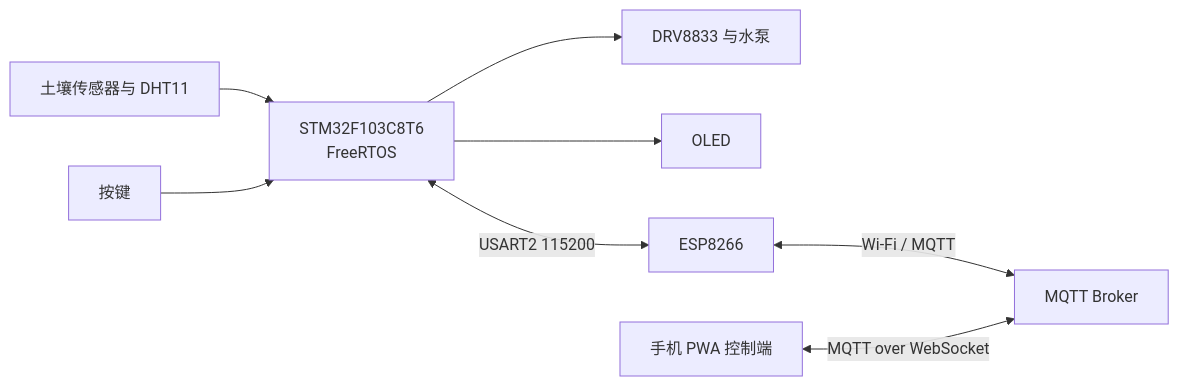
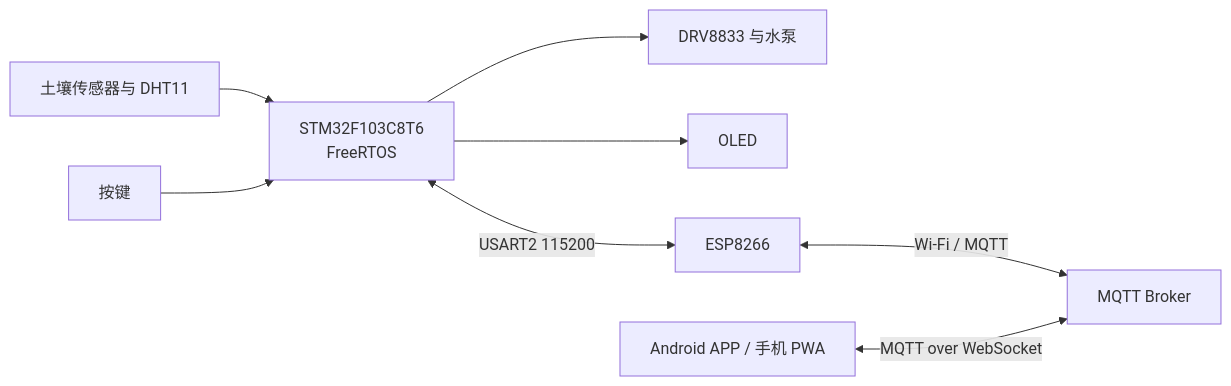
One commit to a7linqi/smarthome-pcb changed the diagram in jiaohua-rtos/README.md. Above: the diagram before and after it, drawn with Mermaid. The commit also changed other lines of this file, not shown here.

Commit message:
Document completed Android control flow

````diff
--- a/jiaohua-rtos/README.md
+++ b/jiaohua-rtos/README.md
@@ -7,10 +7,10 @@
 ```mermaid
 flowchart LR
     Sensor[土壤传感器与 DHT11] --> STM[STM32F103C8T6\nFreeRTOS]
     Key[按键] --> STM
     STM --> Pump[DRV8833 与水泵]
     STM --> OLED[OLED]
     STM <-->|USART2 115200| ESP[ESP8266]
     ESP <-->|Wi-Fi / MQTT| Broker[MQTT Broker]
-    Phone[手机 PWA 控制端] <-->|MQTT over WebSocket| Broker
+    Phone[Android APP / 手机 PWA] <-->|MQTT over WebSocket| Broker
 ```
````
